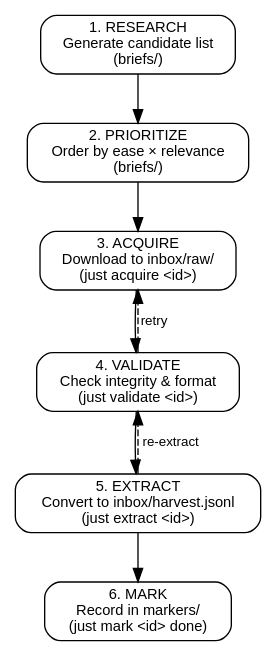
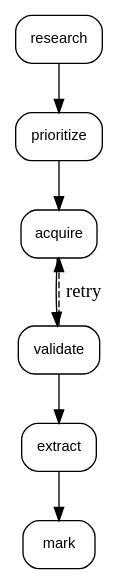
One commit to pjsvis/just-silo changed the diagram in examples/ai-legislation-silo/playbooks/acquisition-pipeline-playbook.md. Above: the diagram before and after it, drawn with Graphviz. The commit also changed other lines of this file and 3 other files, not shown here.

````diff
--- a/examples/ai-legislation-silo/playbooks/acquisition-pipeline-playbook.md
+++ b/examples/ai-legislation-silo/playbooks/acquisition-pipeline-playbook.md
@@ -13,18 +12,9 @@
 ```dot
 digraph acquisition {
   rankdir=TB;
   node [shape=box style=rounded fontname="Helvetica" fontsize=11];
-  edge [fontname="Helvetica" fontsize=10];
-
-  research [label="1. RESEARCH\nGenerate candidate list\n(briefs/)"];
-  prioritize [label="2. PRIORITIZE\nOrder by ease × relevance\n(briefs/)"];
-  acquire [label="3. ACQUIRE\nDownload to inbox/raw/\n(just acquire <id>)"];
-  validate [label="4. VALIDATE\nCheck integrity & format\n(just validate <id>)"];
-  extract [label="5. EXTRACT\nConvert to inbox/harvest.jsonl\n(just extract <id>)"];
-  mark [label="6. MARK\nRecord in markers/\n(just mark <id> done)"];
 
   research -> prioritize -> acquire -> validate -> extract -> mark;
   validate -> acquire [label="retry" style=dashed];
-  extract -> validate [label="re-extract" style=dashed];
 }
 ```
````
